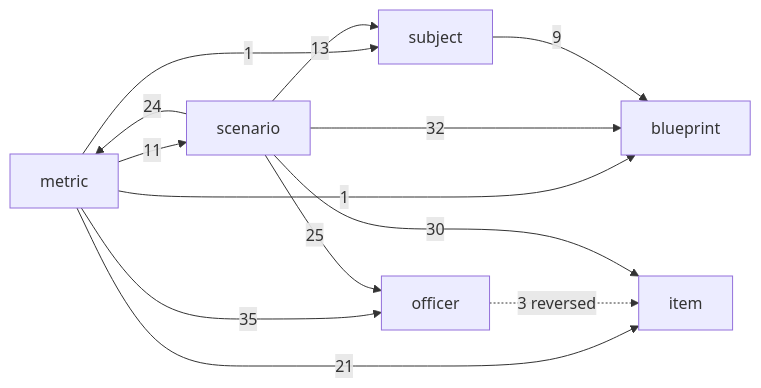
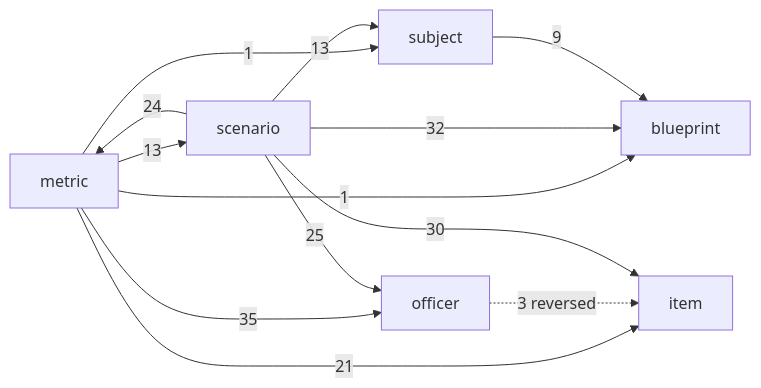
Before and after one commit to geraldmaron/tactically-idle: the diagram in docs/architecture.md, drawn with Mermaid. The commit also changed other lines of this file and 6 other files, not shown here.

````diff
--- a/docs/architecture.md
+++ b/docs/architecture.md
@@ -39,15 +39,15 @@
 ```mermaid
 flowchart LR
   metric -->|1| blueprint
   metric -->|21| item
   metric -->|35| officer
-  metric -->|11| scenario
+  metric -->|13| scenario
   metric -->|1| subject
   officer -.->|3 reversed| item
   scenario -->|32| blueprint
   scenario -->|30| item
   scenario -->|24| metric
   scenario -->|25| officer
   scenario -->|13| subject
   subject -->|9| blueprint
 ```
````
